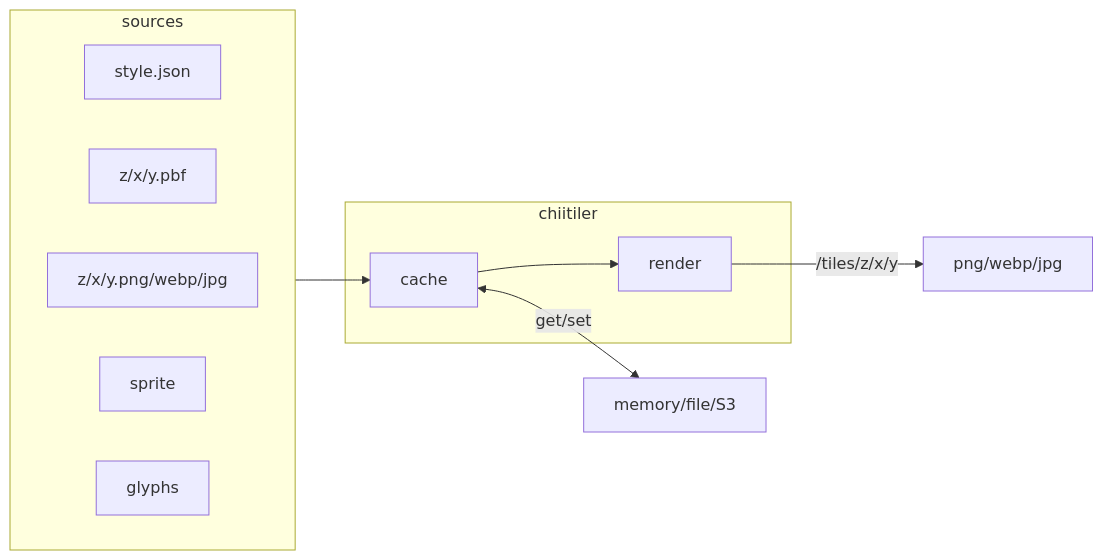
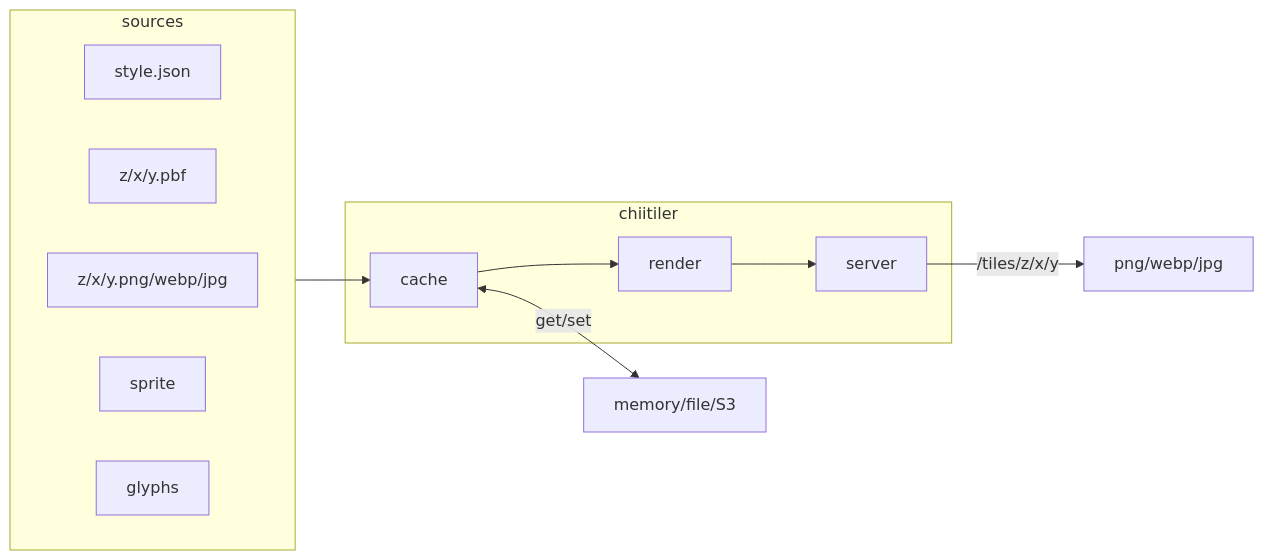
The diagram in README.md (Kanahiro/chiitiler), drawn with Mermaid before and after one commit.

Commit message:
update diagram

````diff
--- a/README.md
+++ b/README.md
@@ -24,20 +24,21 @@
 ```mermaid
 graph LR
     subgraph sources
         direction LR
         A[style.json]
         z/x/y.pbf
         z/x/y.png/webp/jpg
         sprite
         glyphs
     end
 
     subgraph chiitiler
         cache
         render
+        server
     end
 
-sources --> cache --> render --/tiles/z/x/y--> png/webp/jpg
+sources --> cache --> render --> server --/tiles/z/x/y--> png/webp/jpg
 
 cache <--get/set--> memory/file/S3
 ```
````
